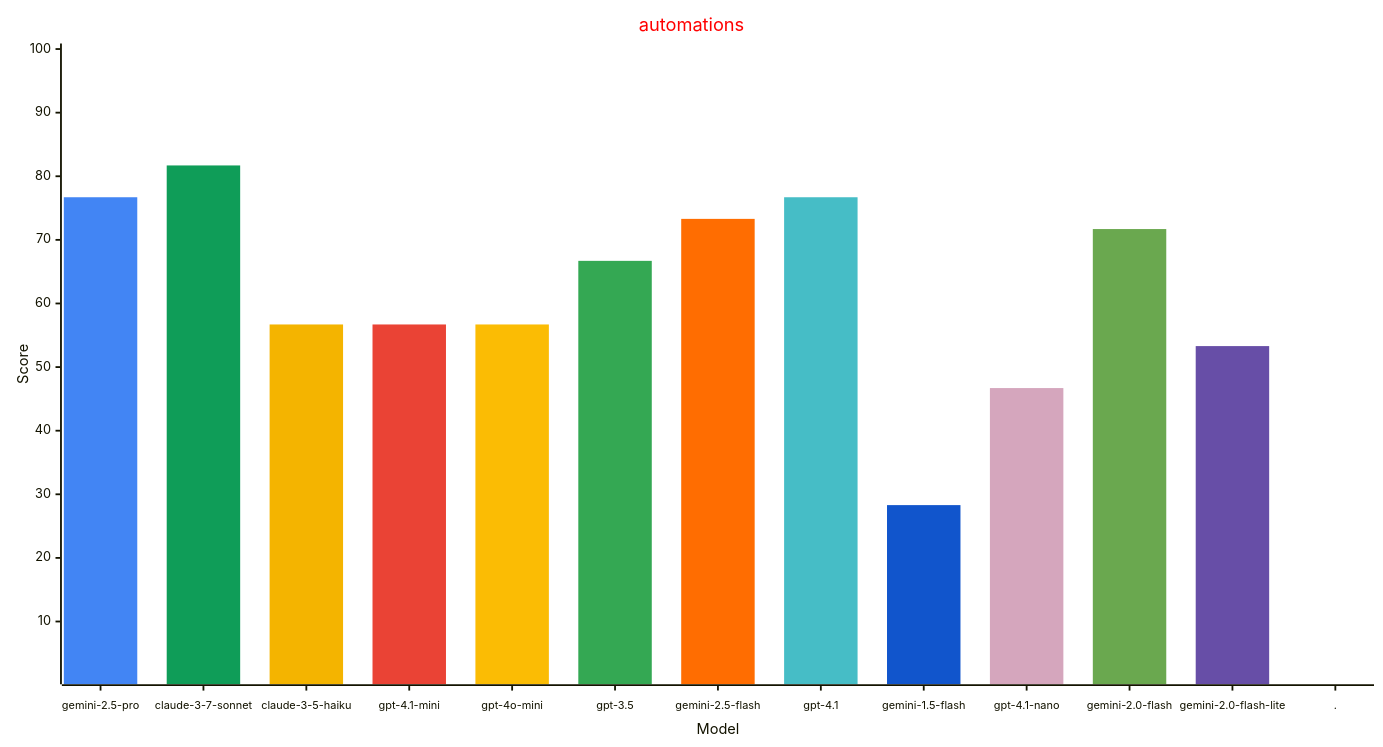
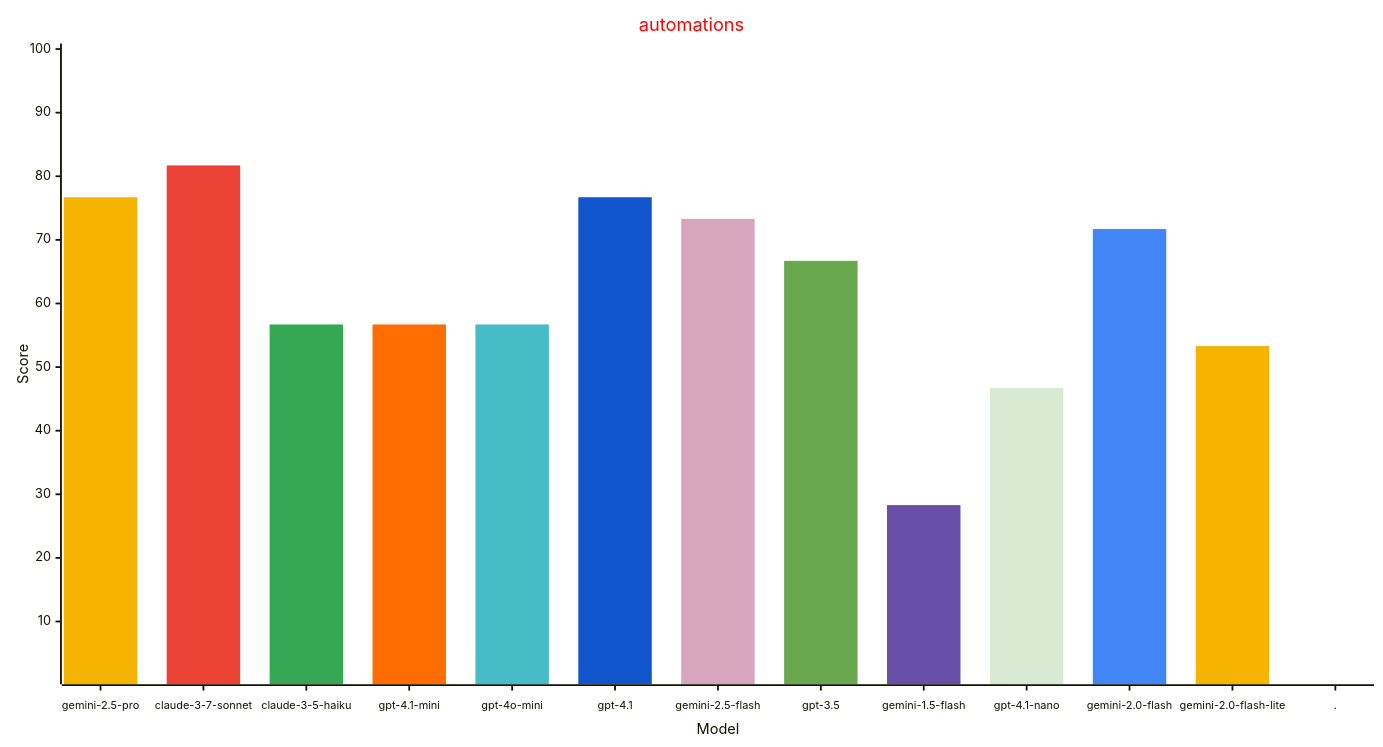
One commit to allenporter/home-assistant-datasets changed the fourth of 4 diagrams in reports/README.md. Above: the diagram before and after it, drawn with Mermaid. The commit also changed other lines of this file, not shown here.

````diff
--- a/reports/README.md
+++ b/reports/README.md
@@ -201,33 +206,33 @@
 ```mermaid
 ---
 config:
     xyChart:
         width: 1500
         height: 800
         xAxis:
           labelFontSize: 12
           labelPadding: 8
     themeVariables:
         xyChart:
             titleColor: "#ff0000"
-            plotColorPalette: "#4285f4, #0f9d58, #f4b400, #ea4335, #fbbc04, #34a853, #ff6d01, #46bdc6, #1155cc, #d5a6bd, #6aa84f, #674ea7, #4285f4"
+            plotColorPalette: "#f4b400, #ea4335, #34a853, #ff6d01, #46bdc6, #1155cc, #d5a6bd, #6aa84f, #674ea7, #d9ead3, #4285f4, #f4b400, #4285f4"
 
 ---
 xychart-beta
   title "automations"
-  x-axis "Model" [gemini-2.5-pro, claude-3-7-sonnet, claude-3-5-haiku, gpt-4.1-mini, gpt-4o-mini, gpt-3.5, gemini-2.5-flash, gpt-4.1, gemini-1.5-flash, gpt-4.1-nano, gemini-2.0-flash, gemini-2.0-flash-lite, .]
+  x-axis "Model" [gemini-2.5-pro, claude-3-7-sonnet, claude-3-5-haiku, gpt-4.1-mini, gpt-4o-mini, gpt-4.1, gemini-2.5-flash, gpt-3.5, gemini-1.5-flash, gpt-4.1-nano, gemini-2.0-flash, gemini-2.0-flash-lite, .]
   y-axis "Score" 1 --> 100
   bar [76.7, 0.0, 0.0, 0.0, 0.0, 0.0, 0.0, 0.0, 0.0, 0.0, 0.0, 0.0, 0.0]
   bar [0.0, 81.7, 0.0, 0.0, 0.0, 0.0, 0.0, 0.0, 0.0, 0.0, 0.0, 0.0, 0.0]
   bar [0.0, 0.0, 56.7, 0.0, 0.0, 0.0, 0.0, 0.0, 0.0, 0.0, 0.0, 0.0, 0.0]
   bar [0.0, 0.0, 0.0, 56.7, 0.0, 0.0, 0.0, 0.0, 0.0, 0.0, 0.0, 0.0, 0.0]
   bar [0.0, 0.0, 0.0, 0.0, 56.7, 0.0, 0.0, 0.0, 0.0, 0.0, 0.0, 0.0, 0.0]
-  bar [0.0, 0.0, 0.0, 0.0, 0.0, 66.7, 0.0, 0.0, 0.0, 0.0, 0.0, 0.0, 0.0]
+  bar [0.0, 0.0, 0.0, 0.0, 0.0, 76.7, 0.0, 0.0, 0.0, 0.0, 0.0, 0.0, 0.0]
   bar [0.0, 0.0, 0.0, 0.0, 0.0, 0.0, 73.3, 0.0, 0.0, 0.0, 0.0, 0.0, 0.0]
-  bar [0.0, 0.0, 0.0, 0.0, 0.0, 0.0, 0.0, 76.7, 0.0, 0.0, 0.0, 0.0, 0.0]
+  bar [0.0, 0.0, 0.0, 0.0, 0.0, 0.0, 0.0, 66.7, 0.0, 0.0, 0.0, 0.0, 0.0]
   bar [0.0, 0.0, 0.0, 0.0, 0.0, 0.0, 0.0, 0.0, 28.3, 0.0, 0.0, 0.0, 0.0]
   bar [0.0, 0.0, 0.0, 0.0, 0.0, 0.0, 0.0, 0.0, 0.0, 46.7, 0.0, 0.0, 0.0]
   bar [0.0, 0.0, 0.0, 0.0, 0.0, 0.0, 0.0, 0.0, 0.0, 0.0, 71.7, 0.0, 0.0]
   bar [0.0, 0.0, 0.0, 0.0, 0.0, 0.0, 0.0, 0.0, 0.0, 0.0, 0.0, 53.3, 0.0]
   bar [0.0, 0.0, 0.0, 0.0, 0.0, 0.0, 0.0, 0.0, 0.0, 0.0, 0.0, 0.0, -1.0]
 ```
````
